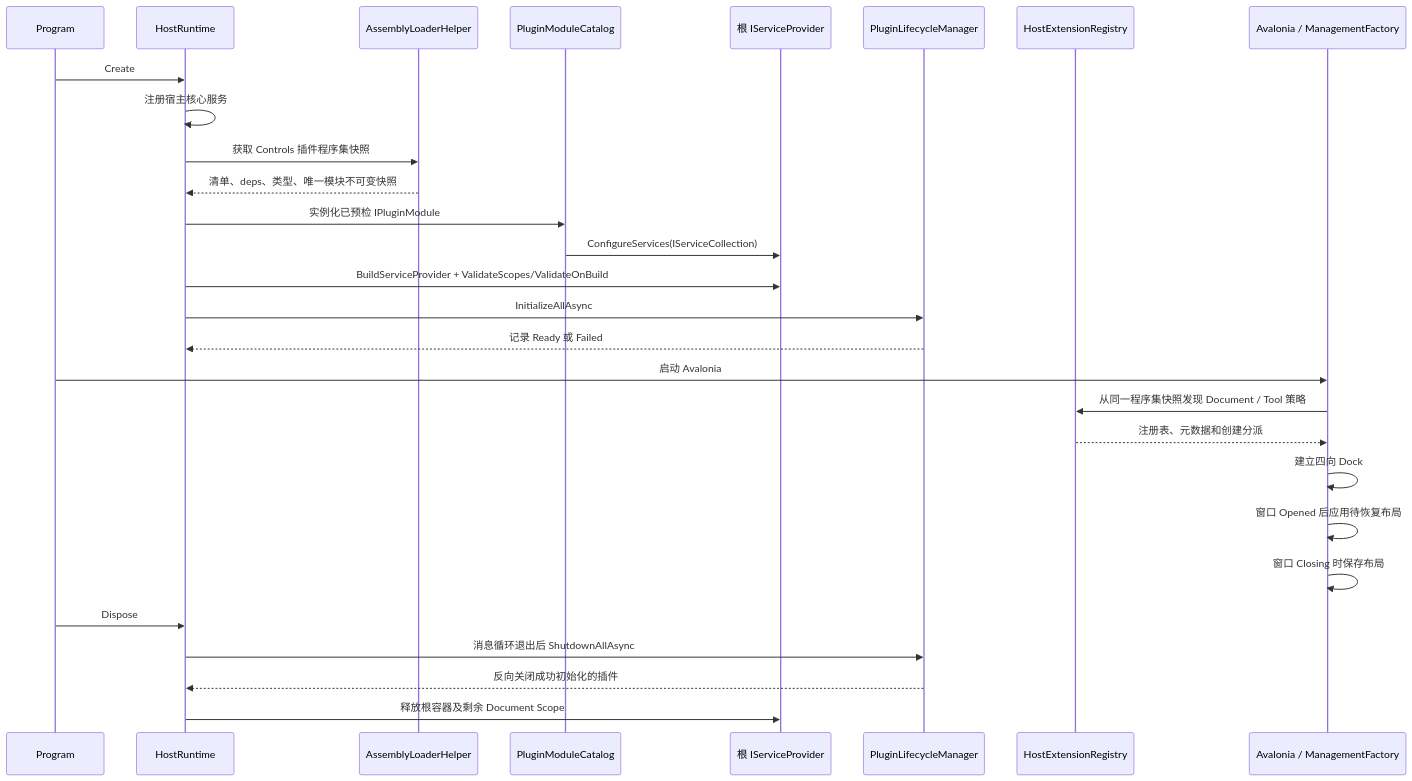
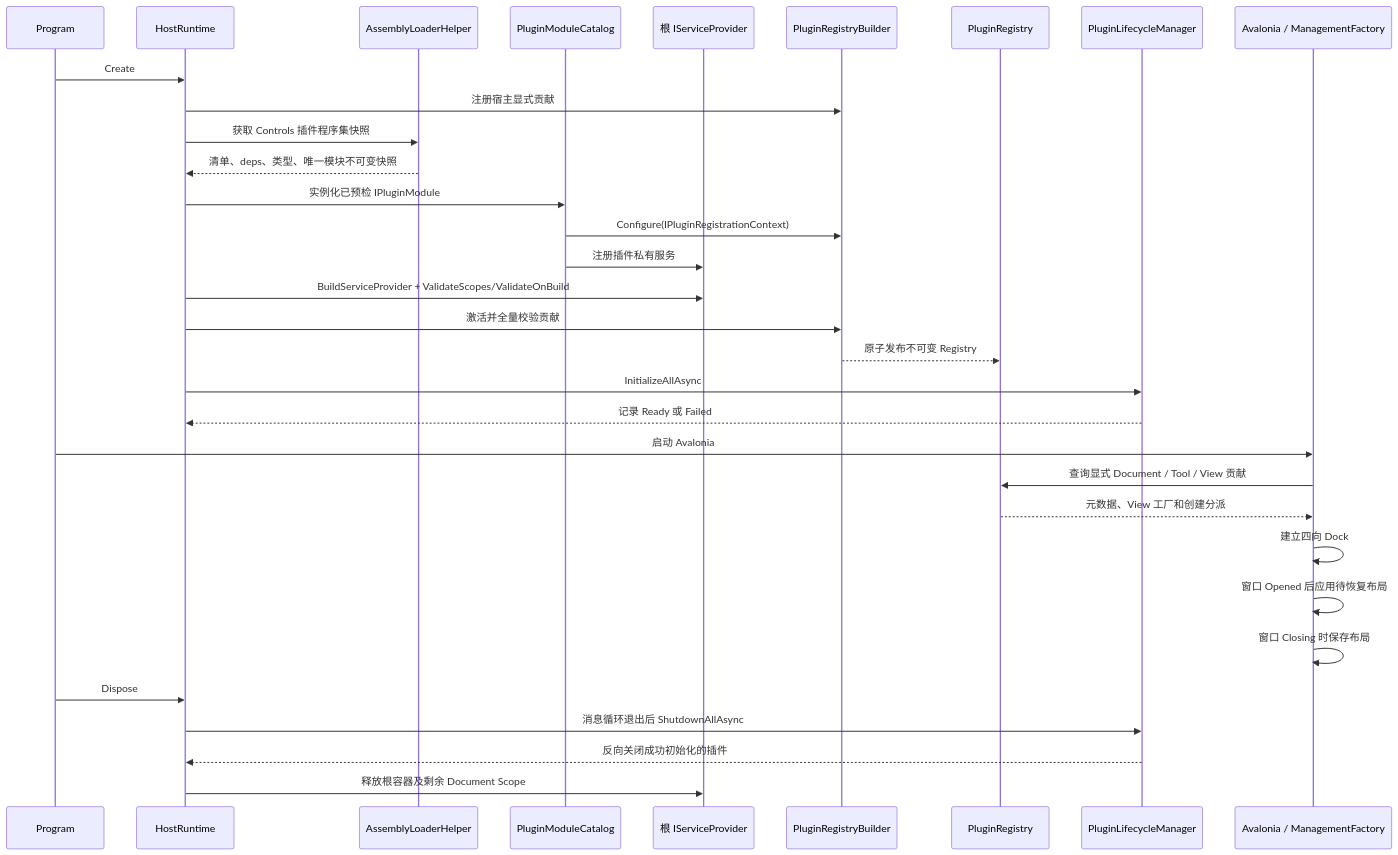
Before and after one commit to crownclowngx/avalonia_dock_simple_test: the second of 5 diagrams in docs/design/host-plugin-architecture-review.md, drawn with Mermaid. The commit also changed other lines of this file and 71 other files, not shown here.

First line of the commit message:
refactor(plugin): 完成 G5 显式贡献与 Plugin Registry

````diff
--- a/docs/design/host-plugin-architecture-review.md
+++ b/docs/design/host-plugin-architecture-review.md
@@ -68,31 +68,35 @@
 ```mermaid
 sequenceDiagram
     participant P as Program
     participant R as HostRuntime
     participant L as AssemblyLoaderHelper
     participant C as PluginModuleCatalog
     participant DI as 根 IServiceProvider
+    participant B as PluginRegistryBuilder
+    participant E as PluginRegistry
     participant LM as PluginLifecycleManager
-    participant E as HostExtensionRegistry
     participant UI as Avalonia / ManagementFactory
 
     P->>R: Create
-    R->>R: 注册宿主核心服务
+    R->>B: 注册宿主显式贡献
     R->>L: 获取 Controls 插件程序集快照
     L-->>R: 清单、deps、类型、唯一模块不可变快照
     R->>C: 实例化已预检 IPluginModule
-    C->>DI: ConfigureServices(IServiceCollection)
+    C->>B: Configure(IPluginRegistrationContext)
+    C->>DI: 注册插件私有服务
     R->>DI: BuildServiceProvider + ValidateScopes/ValidateOnBuild
+    R->>B: 激活并全量校验贡献
+    B-->>E: 原子发布不可变 Registry
     R->>LM: InitializeAllAsync
     LM-->>R: 记录 Ready 或 Failed
     P->>UI: 启动 Avalonia
-    UI->>E: 从同一程序集快照发现 Document / Tool 策略
-    E-->>UI: 注册表、元数据和创建分派
+    UI->>E: 查询显式 Document / Tool / View 贡献
+    E-->>UI: 元数据、View 工厂和创建分派
     UI->>UI: 建立四向 Dock
     UI->>UI: 窗口 Opened 后应用待恢复布局
     UI->>UI: 窗口 Closing 时保存布局
     P->>R: Dispose
     R->>LM: 消息循环退出后 ShutdownAllAsync
     LM-->>R: 反向关闭成功初始化的插件
     R->>DI: 释放根容器及剩余 Document Scope
 ```
````
